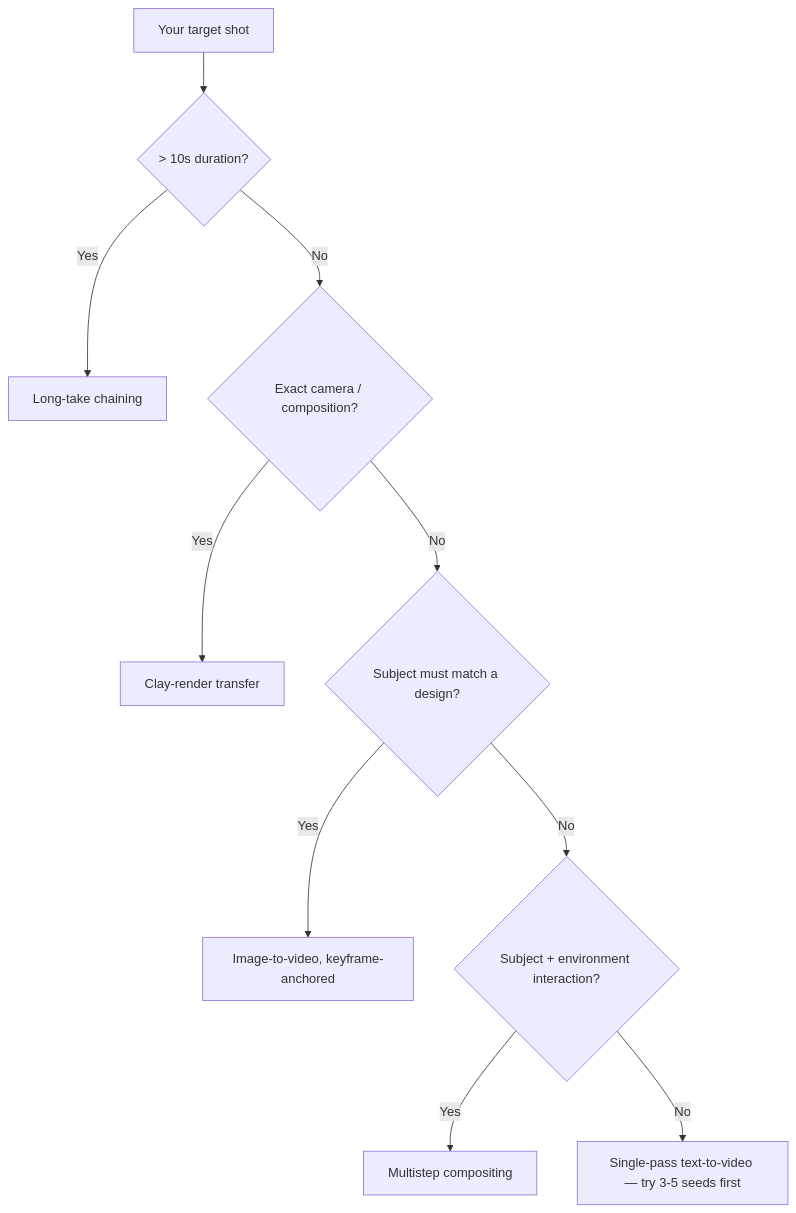
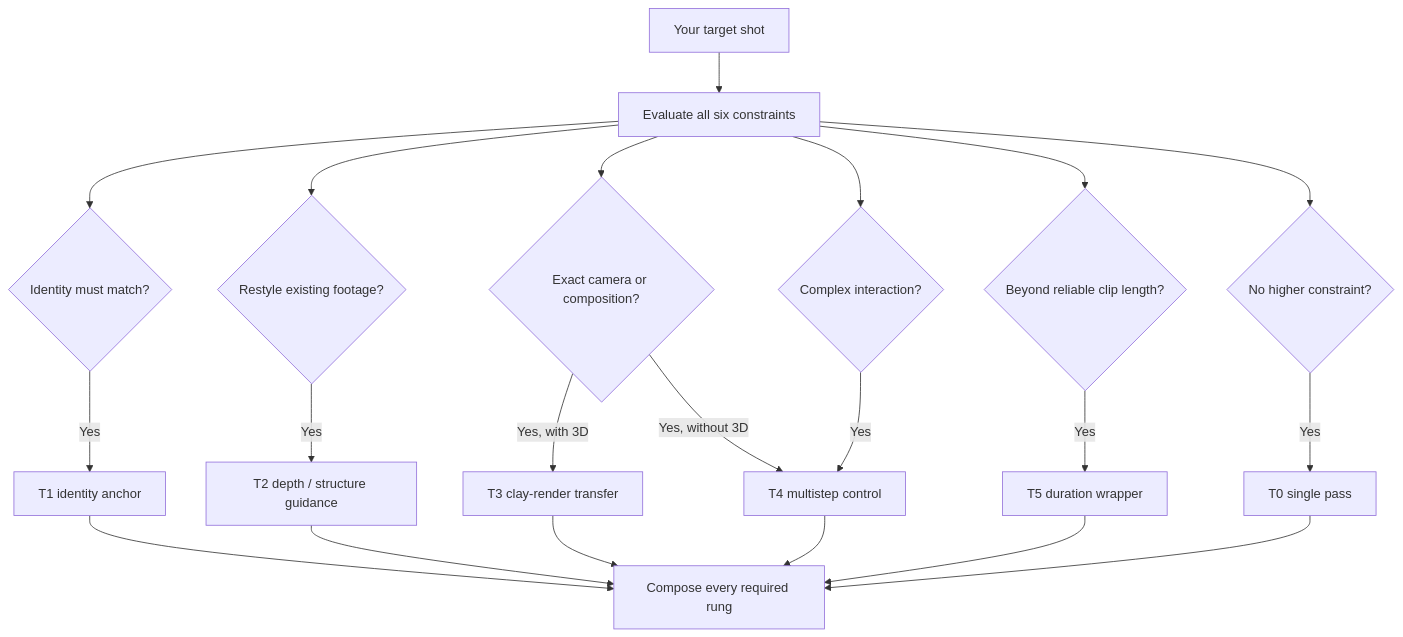
The diagram in README.md (kwei-k/AIGC-Tech), drawn with Mermaid before and after one commit. The commit also changed other lines of this file and 24 other files, not shown here.

````diff
--- a/README.md
+++ b/README.md
@@ -40,12 +41,23 @@
 ```mermaid
 flowchart TD
-    A[Your target shot] --> B{> 10s duration?}
-    B -- Yes --> T5[Long-take chaining]
-    B -- No --> C{Exact camera / composition?}
-    C -- Yes --> T3[Clay-render transfer]
-    C -- No --> D{Subject must match a design?}
-    D -- Yes --> T1[Image-to-video, keyframe-anchored]
-    D -- No --> E{Subject + environment interaction?}
-    E -- Yes --> T4[Multistep compositing]
-    E -- No --> T0[Single-pass text-to-video — try 3-5 seeds first]
+    A[Your target shot] --> Q[Evaluate all six constraints]
+    Q --> I{Identity must match?}
+    I -- Yes --> T1[T1 identity anchor]
+    Q --> S{Restyle existing footage?}
+    S -- Yes --> T2[T2 depth / structure guidance]
+    Q --> C{Exact camera or composition?}
+    C -- Yes, with 3D --> T3[T3 clay-render transfer]
+    C -- Yes, without 3D --> T4[T4 multistep control]
+    Q --> X{Complex interaction?}
+    X -- Yes --> T4
+    Q --> D{Beyond reliable clip length?}
+    D -- Yes --> T5[T5 duration wrapper]
+    Q --> N{No higher constraint?}
+    N -- Yes --> T0[T0 single pass]
+    T1 --> O[Compose every required rung]
+    T2 --> O
+    T3 --> O
+    T4 --> O
+    T5 --> O
+    T0 --> O
 ```
````
